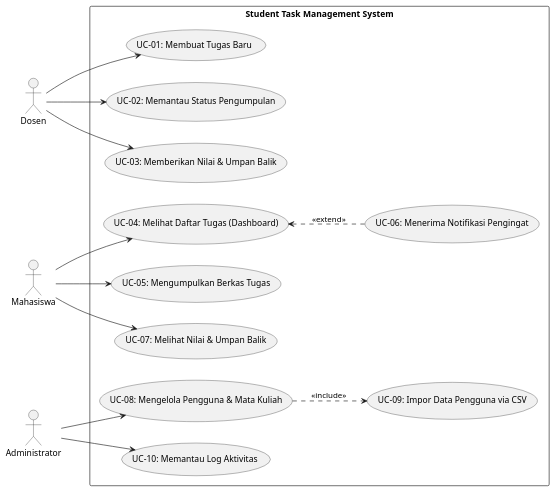
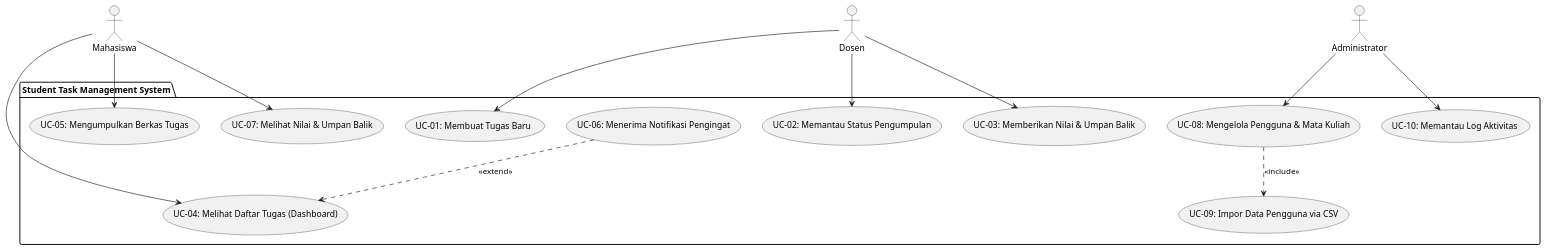
The diagram in outputs/reviewed/06-use-case.md (naenalie/se-ai-requirements-105022410074-Wirajaya-GwendelineEllen), drawn with PlantUML before and after one commit.

Commit message:
Fix PlantUML syntax in 06-use-case.md for draw.io compatibility

````diff
--- a/outputs/reviewed/06-use-case.md
+++ b/outputs/reviewed/06-use-case.md
@@ -9,37 +9,34 @@
 ```plantuml
 @startuml
-left to right direction
-skinparam packageStyle rectangle
+actor Dosen
+actor Mahasiswa
+actor Administrator
 
-actor "Dosen" as dosen
-actor "Mahasiswa" as mahasiswa
-actor "Administrator" as admin
-
-rectangle "Student Task Management System" {
+package "Student Task Management System" {
   usecase "UC-01: Membuat Tugas Baru" as UC01
   usecase "UC-02: Memantau Status Pengumpulan" as UC02
   usecase "UC-03: Memberikan Nilai & Umpan Balik" as UC03
   usecase "UC-04: Melihat Daftar Tugas (Dashboard)" as UC04
   usecase "UC-05: Mengumpulkan Berkas Tugas" as UC05
   usecase "UC-06: Menerima Notifikasi Pengingat" as UC06
   usecase "UC-07: Melihat Nilai & Umpan Balik" as UC07
   usecase "UC-08: Mengelola Pengguna & Mata Kuliah" as UC08
   usecase "UC-09: Impor Data Pengguna via CSV" as UC09
   usecase "UC-10: Memantau Log Aktivitas" as UC10
 }
 
-dosen --> UC01
-dosen --> UC02
-dosen --> UC03
+Dosen --> UC01
+Dosen --> UC02
+Dosen --> UC03
 
-mahasiswa --> UC04
-mahasiswa --> UC05
-mahasiswa --> UC07
+Mahasiswa --> UC04
+Mahasiswa --> UC05
+Mahasiswa --> UC07
 
-admin --> UC08
-admin --> UC10
+Administrator --> UC08
+Administrator --> UC10
 
-UC04 <.. UC06 : <<extend>>
+UC06 ..> UC04 : <<extend>>
 UC08 ..> UC09 : <<include>>
 @endum
 ```
````
